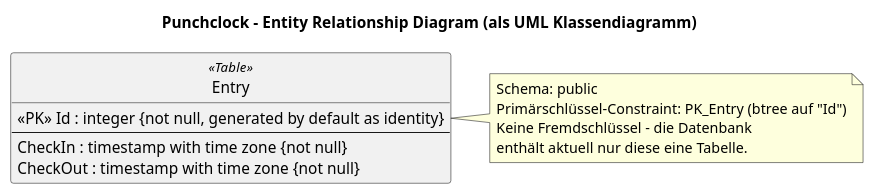
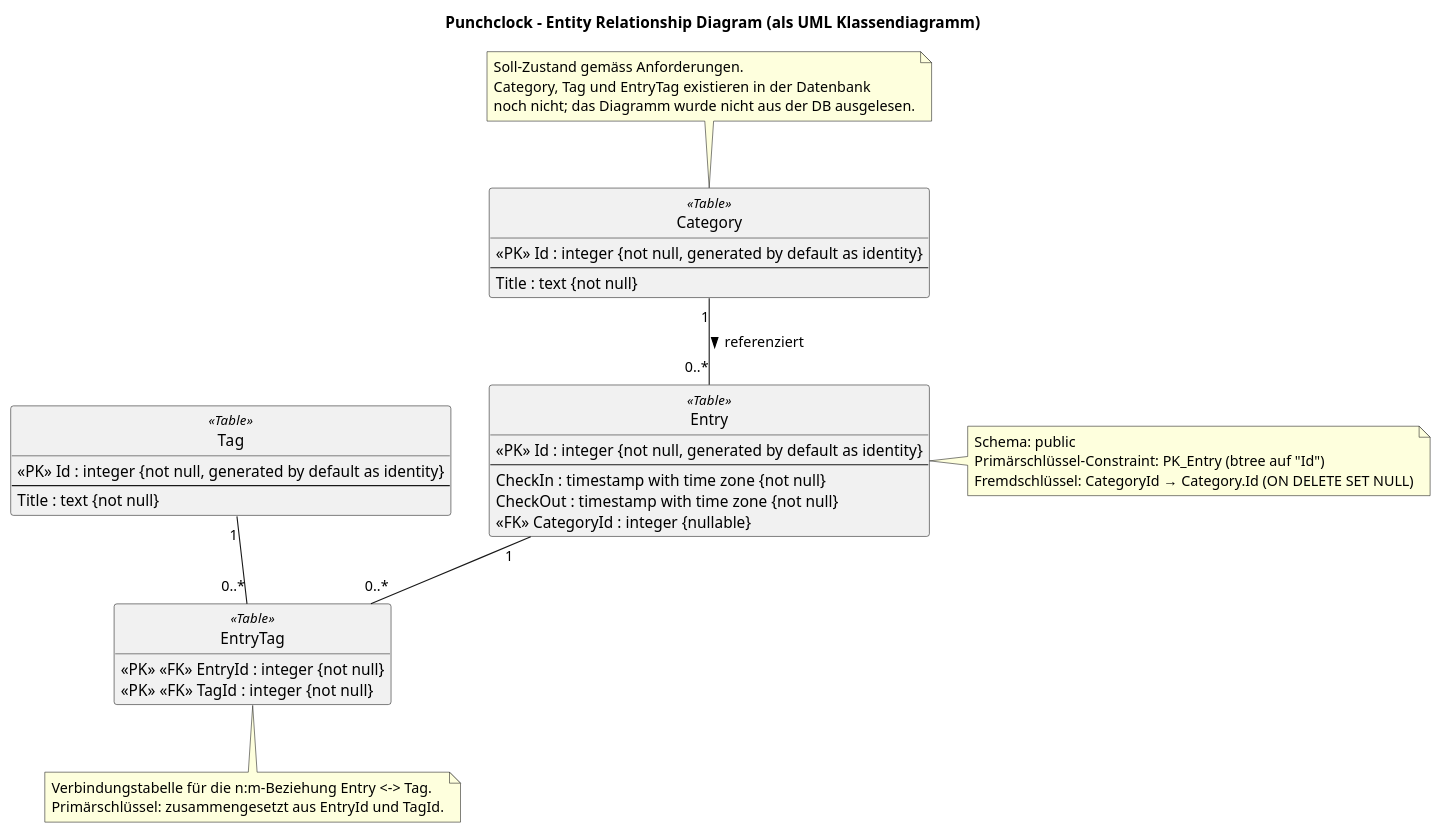
One commit to bretscherjan/m223-punchclock-bretscherjan changed the diagram in docs/diagrams/erd.puml. Above: the diagram before and after it, drawn with PlantUML. The commit also changed 19 other files, not shown here.

First line of the commit message:
feat: Add Category, Tag, and Entry controllers with corresponding services and DTOs

```diff
--- a/docs/diagrams/erd.puml
+++ b/docs/diagrams/erd.puml
@@ -1,26 +1,63 @@
 @startuml erd
 title Punchclock – Entity Relationship Diagram (als UML Klassendiagramm)
 
 skinparam shadowing false
 skinparam classAttributeIconSize 0
 hide methods
 hide circle
 
-' Quelle: Tabelle public."Entry" in der PostgreSQL-Datenbank (Container "db"),
+' Quelle Entry: Tabelle public."Entry" in der PostgreSQL-Datenbank (Container "db"),
 ' ausgelesen mit  \d "Entry"  bzw. in PgAdmin unter Schemas > public > Tables.
+' Category, Tag und EntryTag sind die ergänzten Anforderungen (Modell in src/Model).
 
 class Entry <<Table>> {
   <<PK>> Id : integer {not null, generated by default as identity}
   --
   CheckIn : timestamp with time zone {not null}
   CheckOut : timestamp with time zone {not null}
+  <<FK>> CategoryId : integer {nullable}
 }
+
+class Category <<Table>> {
+  <<PK>> Id : integer {not null, generated by default as identity}
+  --
+  Title : text {not null}
+}
+
+class Tag <<Table>> {
+  <<PK>> Id : integer {not null, generated by default as identity}
+  --
+  Title : text {not null}
+}
+
+class EntryTag <<Table>> {
+  <<PK>> <<FK>> EntryId : integer {not null}
+  <<PK>> <<FK>> TagId : integer {not null}
+}
+
+' 1:n – eine Category kann mehreren Entries zugeordnet sein, ein Entry hat höchstens eine Category
+Category "1" -- "0..*" Entry : referenziert >
+
+' n:m – ein Entry kann mehrere Tags haben, ein Tag kann mehreren Entries zugeordnet sein
+Entry "1" -- "0..*" EntryTag
+Tag "1" -- "0..*" EntryTag
 
 note right of Entry
   Schema: public
   Primärschlüssel-Constraint: PK_Entry (btree auf "Id")
-  Keine Fremdschlüssel – die Datenbank
-  enthält aktuell nur diese eine Tabelle.
+  Fremdschlüssel: CategoryId → Category.Id (ON DELETE SET NULL)
 end note
 
+note bottom of EntryTag
+  Verbindungstabelle für die n:m-Beziehung Entry <-> Tag.
+  Primärschlüssel: zusammengesetzt aus EntryId und TagId.
+end note
+
+note as N1
+  Soll-Zustand gemäss Anforderungen.
+  Category, Tag und EntryTag existieren in der Datenbank
+  noch nicht; das Diagramm wurde nicht aus der DB ausgelesen.
+end note
+N1 .. Category
+
 @enduml
```
